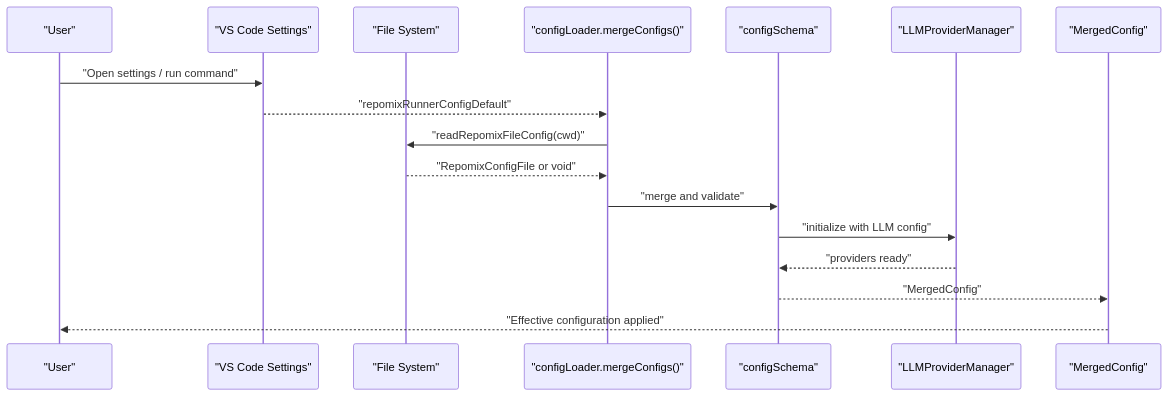
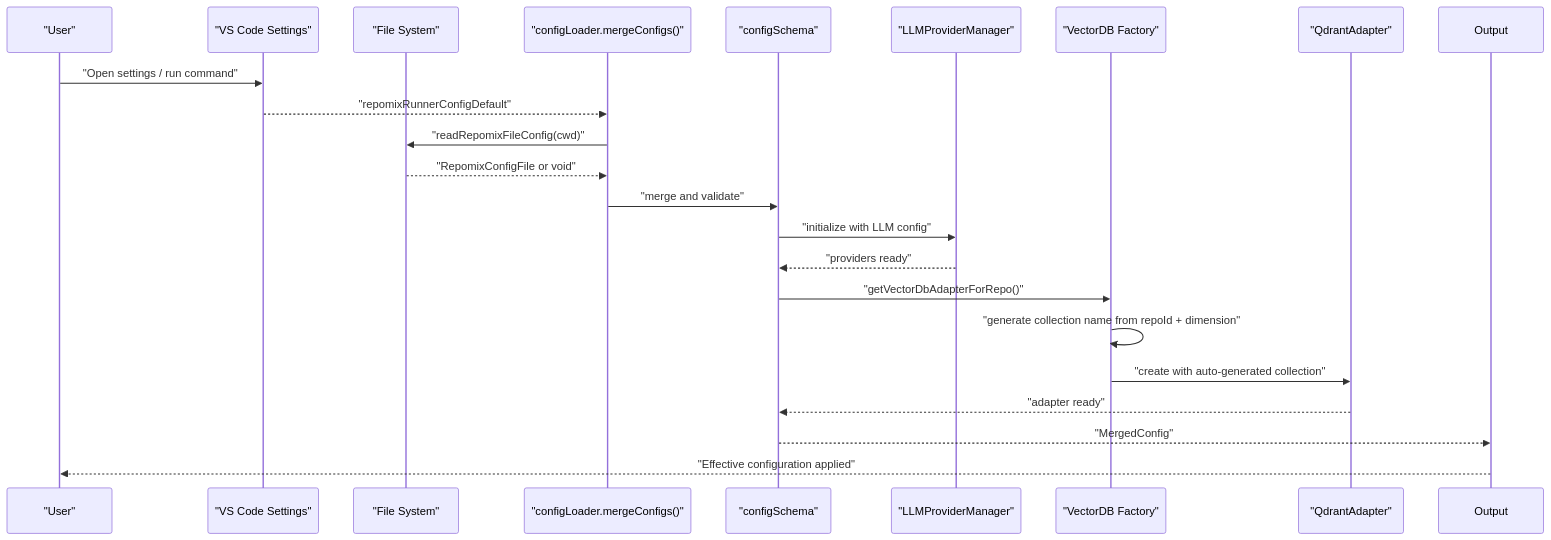
One commit to bramburn/repomix-runner changed the second of 8 diagrams in .qoder/repowiki/en/content/Configuration Management/Configuration Management.md. Above: the diagram before and after it, drawn with Mermaid. The commit also changed other lines of this file and 9 other files, not shown here.

````diff
--- a/.qoder/repowiki/en/content/Configuration Management/Configuration Management.md
+++ b/.qoder/repowiki/en/content/Configuration Management/Configuration Management.md
@@ -150,19 +166,24 @@
 ```mermaid
 sequenceDiagram
 participant User as "User"
 participant VSCode as "VS Code Settings"
 participant FS as "File System"
 participant Loader as "configLoader.mergeConfigs()"
 participant Schema as "configSchema"
 participant LLM as "LLMProviderManager"
-participant Output as "MergedConfig"
+participant QFactory as "VectorDB Factory"
+participant QAdapter as "QdrantAdapter"
 User->>VSCode : "Open settings / run command"
 VSCode-->>Loader : "repomixRunnerConfigDefault"
 Loader->>FS : "readRepomixFileConfig(cwd)"
 FS-->>Loader : "RepomixConfigFile or void"
 Loader->>Schema : "merge and validate"
 Schema->>LLM : "initialize with LLM config"
 LLM-->>Schema : "providers ready"
+Schema->>QFactory : "getVectorDbAdapterForRepo()"
+QFactory->>QFactory : "generate collection name from repoId + dimension"
+QFactory->>QAdapter : "create with auto-generated collection"
+QAdapter-->>Schema : "adapter ready"
 Schema-->>Output : "MergedConfig"
 Output-->>User : "Effective configuration applied"
 ```
````
